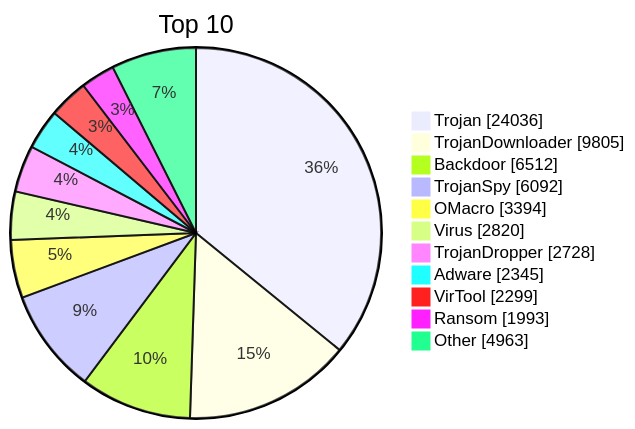
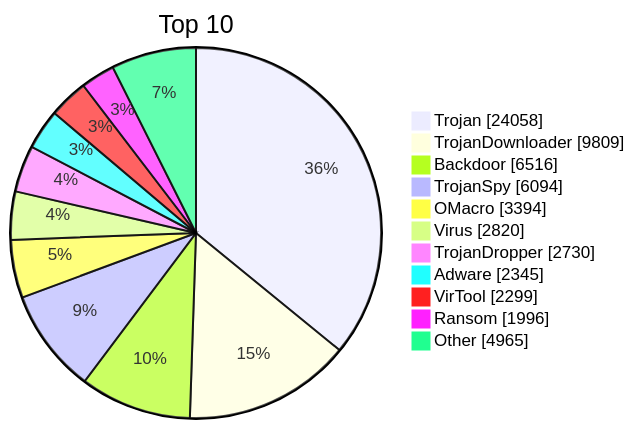
Before and after one commit to JerryLinLinLin/huorong-virdb-changelog: the diagram in README.md, drawn with Mermaid. The commit also changed other lines of this file and 14 other files, not shown here.

````diff
--- a/README.md
+++ b/README.md
@@ -19,15 +19,15 @@
 ```mermaid
 pie showData
     title Top 10
-    "Trojan" : 24036
-    "TrojanDownloader" : 9805
-    "Backdoor" : 6512
-    "TrojanSpy" : 6092
+    "Trojan" : 24058
+    "TrojanDownloader" : 9809
+    "Backdoor" : 6516
+    "TrojanSpy" : 6094
     "OMacro" : 3394
     "Virus" : 2820
-    "TrojanDropper" : 2728
+    "TrojanDropper" : 2730
     "Adware" : 2345
     "VirTool" : 2299
-    "Ransom" : 1993
-    "Other" : 4963
+    "Ransom" : 1996
+    "Other" : 4965
 ```
````
